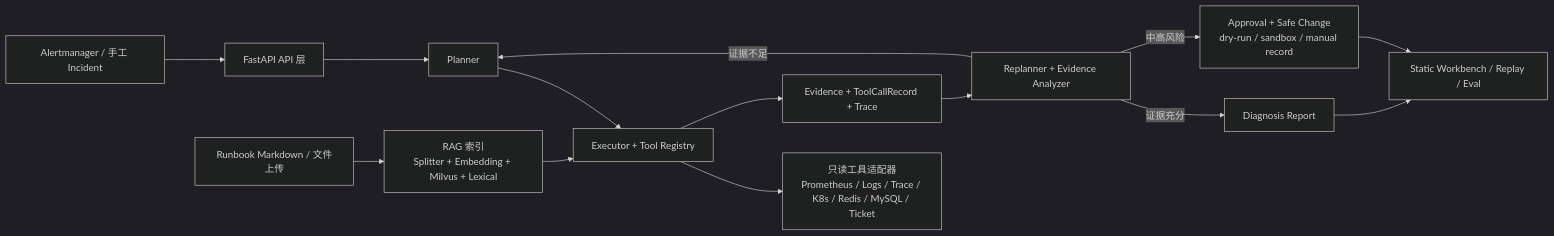
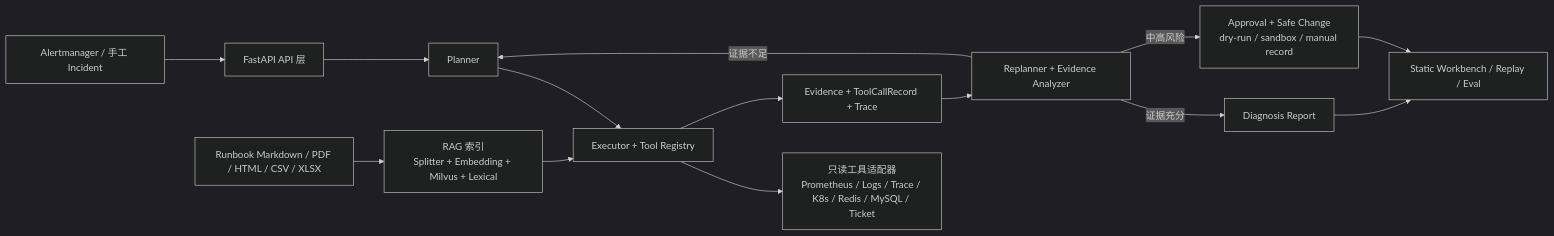
One commit to Aurora923-ctrl/AutoOnCall changed the diagram in README.md. Above: the diagram before and after it, drawn with Mermaid (dark theme). The commit also changed other lines of this file and 18 other files, not shown here.

````diff
--- a/README.md
+++ b/README.md
@@ -57,16 +57,16 @@
 ```mermaid
 flowchart LR
   Alert["Alertmanager / 手工 Incident"] --> API["FastAPI API 层"]
-  Docs["Runbook Markdown / 文件上传"] --> RAG["RAG 索引<br/>Splitter + Embedding + Milvus + Lexical"]
+  Docs["Runbook Markdown / PDF / HTML / CSV / XLSX"] --> RAG["RAG 索引<br/>Splitter + Embedding + Milvus + Lexical"]
   API --> Planner["Planner"]
   Planner --> Executor["Executor + Tool Registry"]
   Executor --> Tools["只读工具适配器<br/>Prometheus / Logs / Trace / K8s / Redis / MySQL / Ticket"]
   Executor --> Evidence["Evidence + ToolCallRecord + Trace"]
   RAG --> Executor
   Evidence --> Replanner["Replanner + Evidence Analyzer"]
   Replanner -->|证据不足| Planner
   Replanner -->|证据充分| Report["Diagnosis Report"]
   Replanner -->|中高风险| Approval["Approval + Safe Change<br/>dry-run / sandbox / manual record"]
   Report --> UI["Static Workbench / Replay / Eval"]
   Approval --> UI
 ```
````
